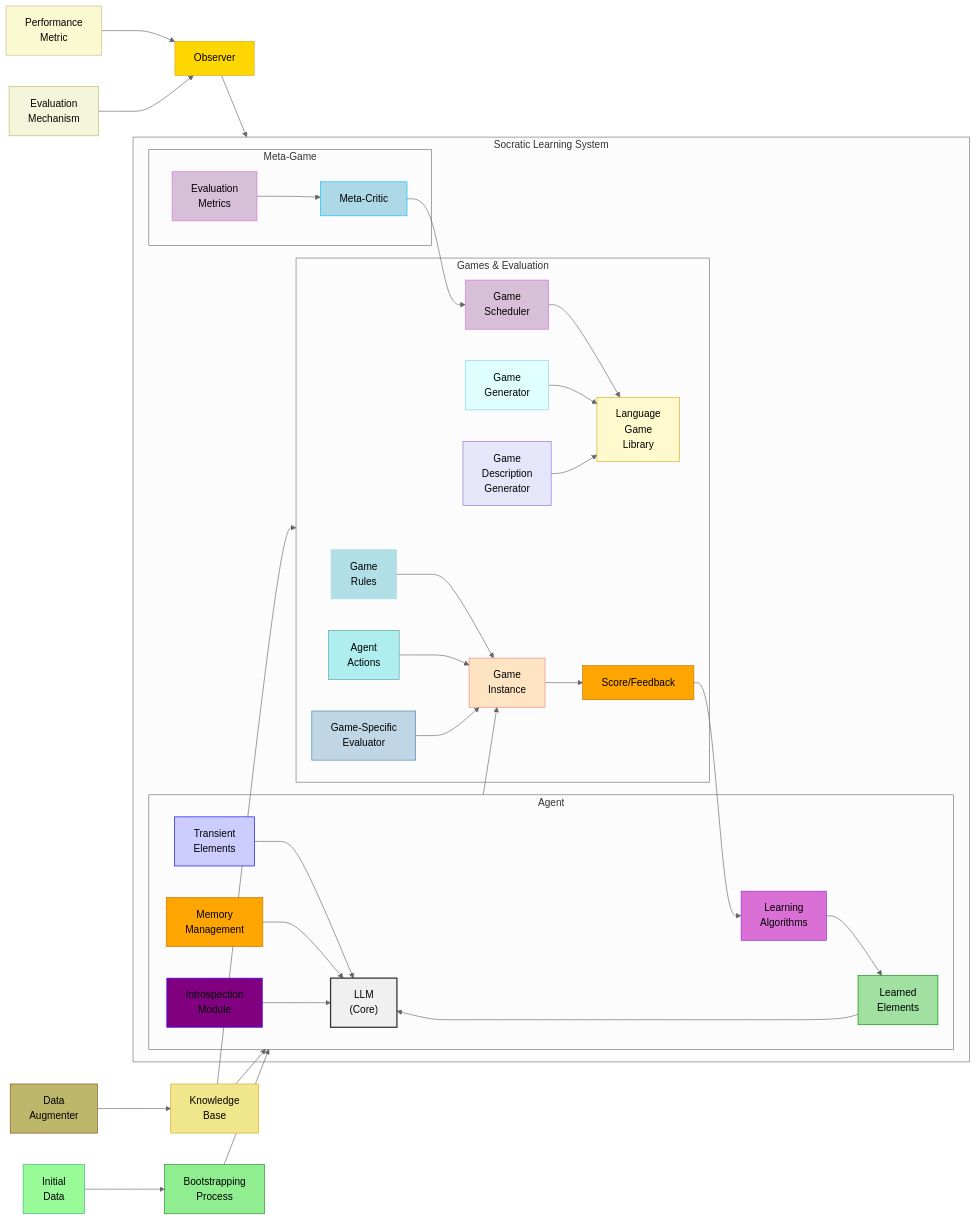
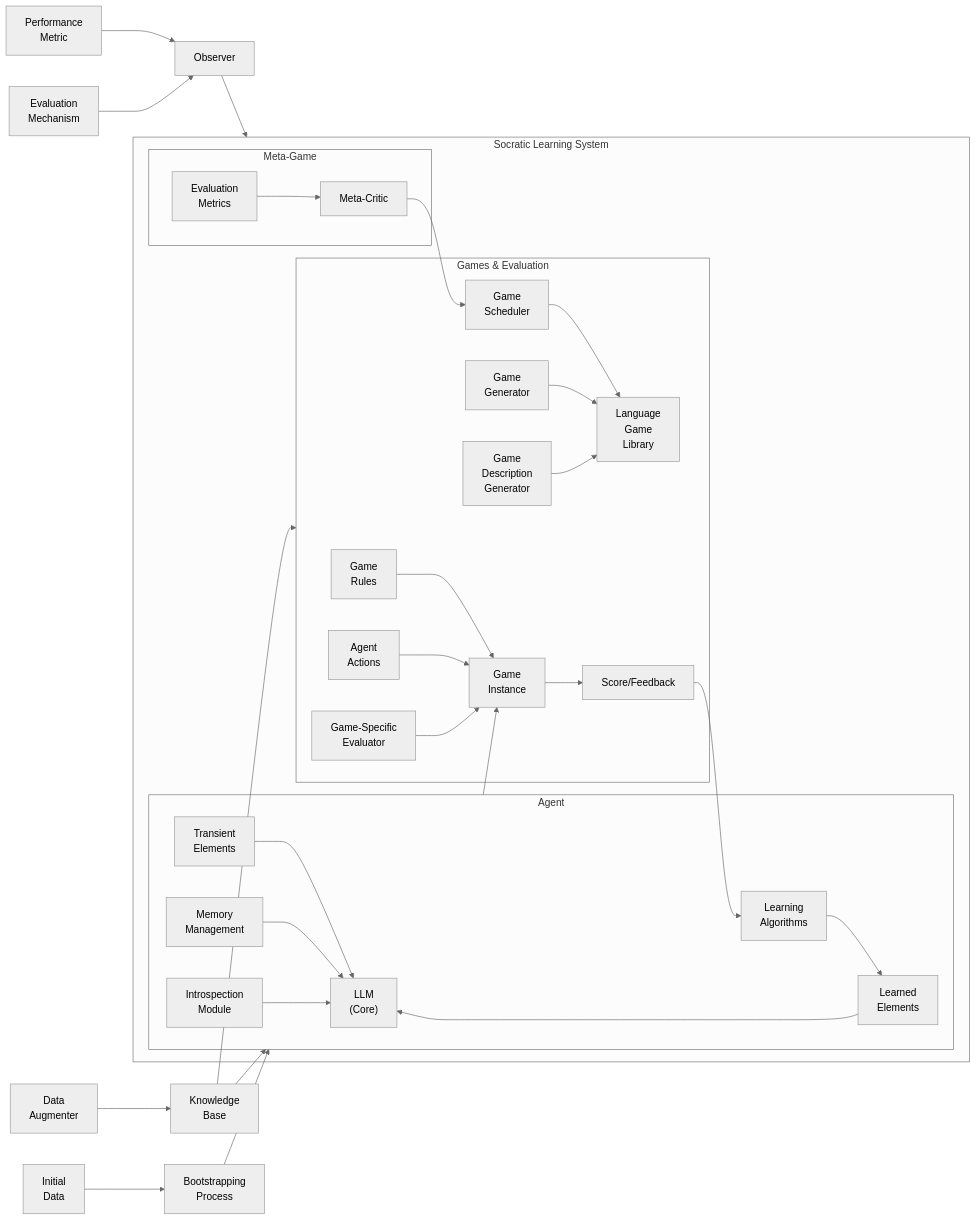
One commit to nshkrdotcom/EADS changed the fifth of 5 diagrams in README.md. Above: the diagram before and after it, drawn with Mermaid (neutral theme).

Commit message:
fix graph style

````diff
--- a/README.md
+++ b/README.md
@@ -432,69 +432,42 @@
 ```mermaid
 graph LR
     subgraph SocraticLearning["Socratic&nbsp;Learning&nbsp;System"]
         subgraph Agent["Agent"]
             LLM["LLM<br>(Core)"]
             LearnedElements["Learned<br>Elements"] --> LLM
             TransientElements["Transient<br>Elements"] --> LLM
             Memory["Memory<br>Management"] --> LLM
             Introspection["Introspection<br>Module"] --> LLM
             LearningAlgorithms["Learning<br>Algorithms"] --> LearnedElements
-            style LLM fill:#f0f0f0,stroke:#333,stroke-width:2px
-            style LearnedElements fill:#a0e0a0,stroke:#080
-            style TransientElements fill:#ccf,stroke:#00f
-            style Memory fill:#ffa500,stroke:#b70
-            style Introspection fill:#800080,stroke:#40f
-            style LearningAlgorithms fill:#da70d6,stroke:#8a2be2
         end
 
         subgraph GamesAndEvaluation["Games&nbsp;&&nbsp;Evaluation"]
             GameLibrary["Language<br>Game<br>Library"]
             GameScheduler["Game<br>Scheduler"] --> GameLibrary
             GameGenerator["Game<br>Generator"] --> GameLibrary
             GameDescriptions["Game<br>Description<br>Generator"] --> GameLibrary
 
             GameInstance["Game<br>Instance"]
             GameRules["Game<br>Rules"] --> GameInstance
             AgentActions["Agent<br>Actions"] --> GameInstance
             Evaluator["Game-Specific<br>Evaluator"] --> GameInstance
             Score["Score/Feedback"] --> LearningAlgorithms
-
-            style GameLibrary fill:#fffacd,stroke:#daa520
-            style GameScheduler fill:#d8bfd8,stroke:#da70d6
-            style GameGenerator fill:#e0ffff,stroke:#87ceeb
-            style GameDescriptions fill:#e6e6fa,stroke:#9370db
-            style GameInstance fill:#ffe4c4,stroke:#f08080
-            style GameRules fill:#b0e0e6,stroke:#add8e6
-            style AgentActions fill:#afeeee,stroke:#5f9ea0
-            style Evaluator fill:#c0d6e4,stroke:#4682b4
-            style Score fill:#ffa500,stroke:#b70
         end
 
         subgraph Meta["Meta#8209;Game"]
             MetaCritic["Meta-Critic"] --> GameScheduler
             EvaluationMetrics["Evaluation<br>Metrics"] --> MetaCritic
-            style MetaCritic fill:#add8e6,stroke:#00bfff
-            style EvaluationMetrics fill:#d8bfd8,stroke:#da70d6
         end
 
         Agent --> GameInstance
         GameInstance --> Score
     end
 
     Observer["Observer"]
     Performance["Performance<br>Metric"] --> Observer
     EvaluationMechanism["Evaluation<br>Mechanism"] --> Observer --> SocraticLearning
-    style Observer fill:#FFD700,stroke:#DAA520
-    style Performance fill:#FAFAD2,stroke:#D2B48C
-    style EvaluationMechanism fill:#f5f5dc,stroke:#bdb76b
-
     Bootstrapping["Bootstrapping<br>Process"] --> Agent
     InitialData["Initial<br>Data"] --> Bootstrapping
     KnowledgeBase["Knowledge<br>Base"] --> Agent
     DataAugmenter["Data<br>Augmenter"] --> KnowledgeBase ----> GamesAndEvaluation
-
-    style Bootstrapping fill:#90ee90,stroke:#228b22
-    style InitialData fill:#98fb98,stroke:#3cb371
-    style KnowledgeBase fill:#f0e68c,stroke:#daa520
-    style DataAugmenter fill:#bdb76b,stroke:#8b4513
 ```
````
